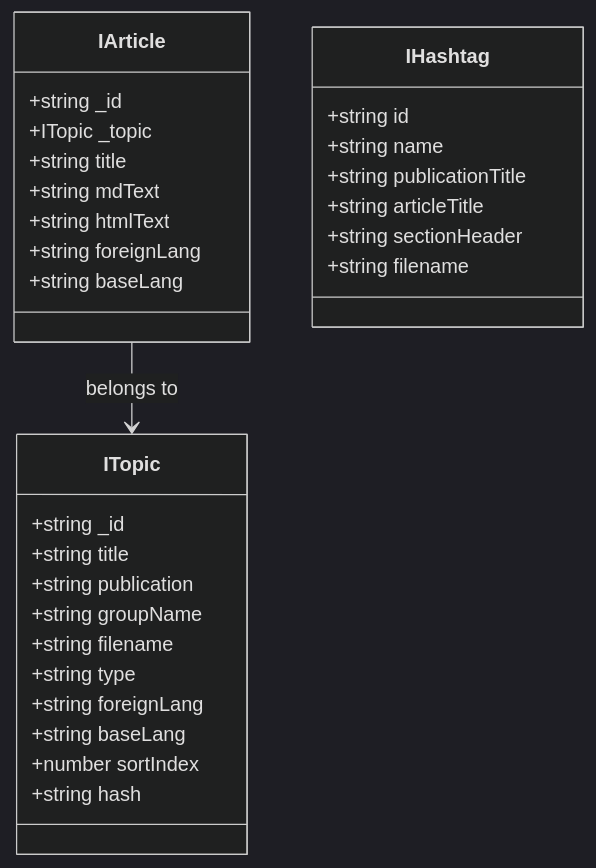
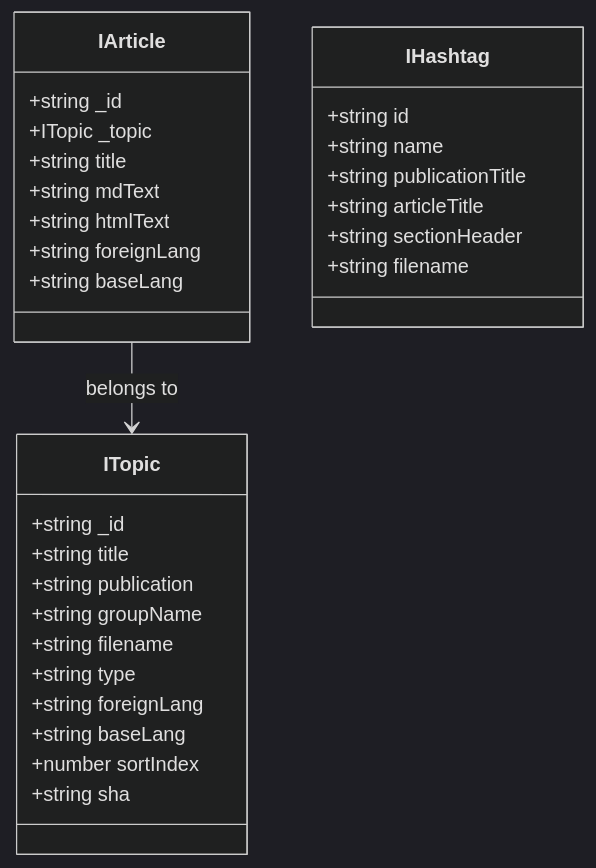
Diagram 15 of 18 in apps/taalwiz-web/ARCHITECTURE.md (remarcmij/taalwiz-mono), drawn with Mermaid (dark theme) before and after one commit. The commit also changed other lines of this file and 24 other files, not shown here.

````diff
--- a/apps/taalwiz-web/ARCHITECTURE.md
+++ b/apps/taalwiz-web/ARCHITECTURE.md
@@ -519,36 +524,36 @@
 ```mermaid
 classDiagram
     class ITopic {
         +string _id
         +string title
         +string publication
         +string groupName
         +string filename
         +string type
         +string foreignLang
         +string baseLang
         +number sortIndex
-        +string hash
+        +string sha
     }
 
     class IArticle {
         +string _id
         +ITopic _topic
         +string title
         +string mdText
         +string htmlText
         +string foreignLang
         +string baseLang
     }
 
     class IHashtag {
         +string id
         +string name
         +string publicationTitle
         +string articleTitle
         +string sectionHeader
         +string filename
     }
 
     IArticle --> ITopic : belongs to
 ```
````
